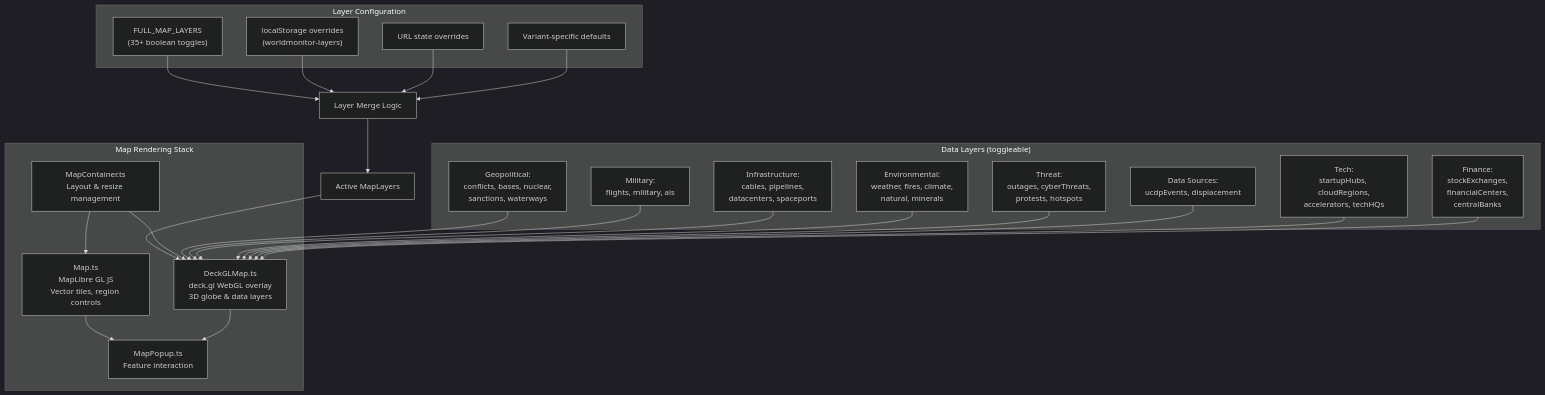
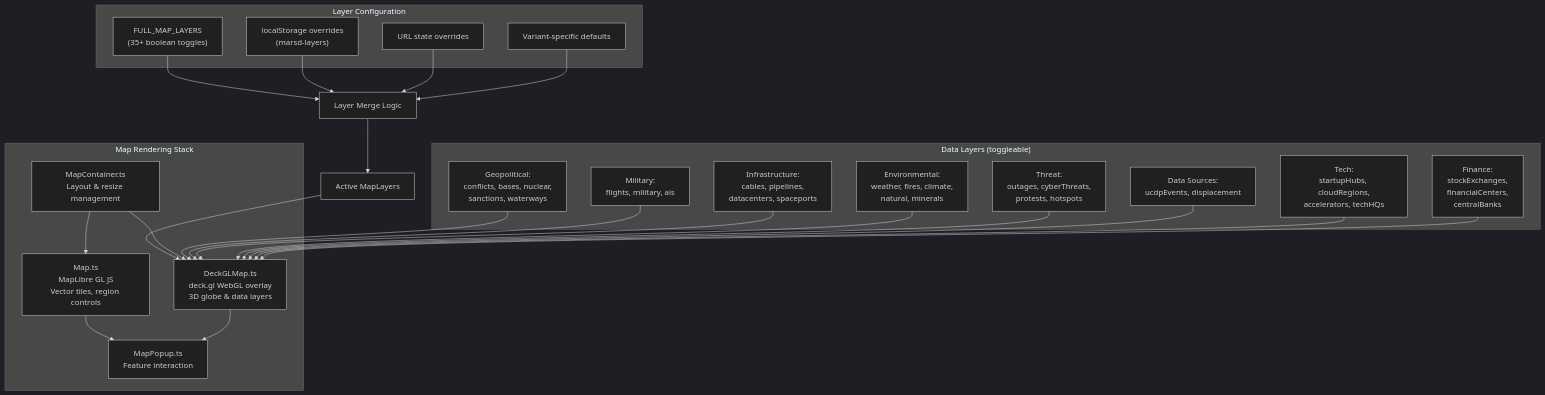
The fifth of 9 diagrams in docs/Docs_To_Review/ARCHITECTURE.md (MohamedGamil/marsd), drawn with Mermaid (dark theme) before and after one commit. The commit also changed other lines of this file and 611 other files, not shown here.

Commit message:
chore: Update protobuf schemas, generated code, API routes, UI components, services, documentation, and localization files across various domains.

````diff
--- a/docs/Docs_To_Review/ARCHITECTURE.md
+++ b/docs/Docs_To_Review/ARCHITECTURE.md
@@ -408,48 +408,48 @@
 ```mermaid
 graph TD
     subgraph MapStack["Map Rendering Stack"]
         Container["MapContainer.ts<br/>Layout & resize management"]
         BaseMap["Map.ts<br/>MapLibre GL JS<br/>Vector tiles, region controls"]
         DeckGL["DeckGLMap.ts<br/>deck.gl WebGL overlay<br/>3D globe & data layers"]
         Popup["MapPopup.ts<br/>Feature interaction"]
     end
 
     subgraph LayerConfig["Layer Configuration"]
         Defaults["FULL_MAP_LAYERS<br/>(35+ boolean toggles)"]
-        UserPref["localStorage overrides<br/>(worldmonitor-layers)"]
+        UserPref["localStorage overrides<br/>(marsd-layers)"]
         URLState["URL state overrides"]
         Variant["Variant-specific defaults"]
     end
 
     subgraph DataLayers["Data Layers (toggleable)"]
         Geo["Geopolitical:<br/>conflicts, bases, nuclear,<br/>sanctions, waterways"]
         Military["Military:<br/>flights, military, ais"]
         Infra["Infrastructure:<br/>cables, pipelines,<br/>datacenters, spaceports"]
         Environmental["Environmental:<br/>weather, fires, climate,<br/>natural, minerals"]
         Threat["Threat:<br/>outages, cyberThreats,<br/>protests, hotspots"]
         Data["Data Sources:<br/>ucdpEvents, displacement"]
         TechLayers["Tech:<br/>startupHubs, cloudRegions,<br/>accelerators, techHQs"]
         FinanceLayers["Finance:<br/>stockExchanges,<br/>financialCenters,<br/>centralBanks"]
     end
 
     Defaults --> Merge["Layer Merge Logic"]
     UserPref --> Merge
     URLState --> Merge
     Variant --> Merge
     Merge --> ActiveLayers["Active MapLayers"]
 
     ActiveLayers --> DeckGL
     Container --> BaseMap
     Container --> DeckGL
     BaseMap --> Popup
     DeckGL --> Popup
 
     Geo --> DeckGL
     Military --> DeckGL
     Infra --> DeckGL
     Environmental --> DeckGL
     Threat --> DeckGL
     Data --> DeckGL
     TechLayers --> DeckGL
     FinanceLayers --> DeckGL
 ```
````
